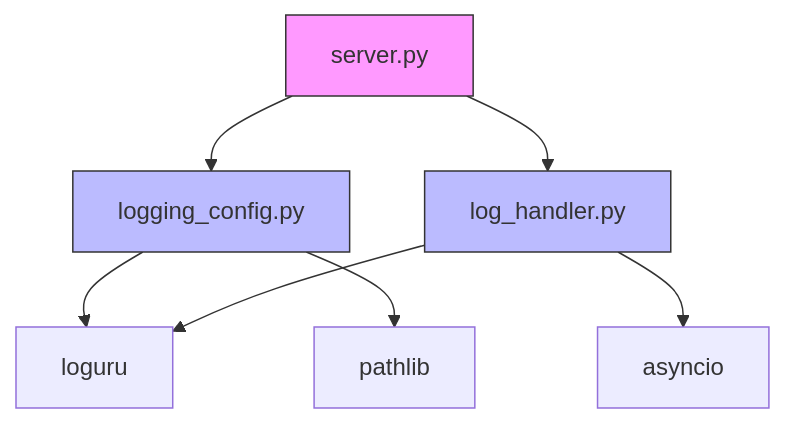
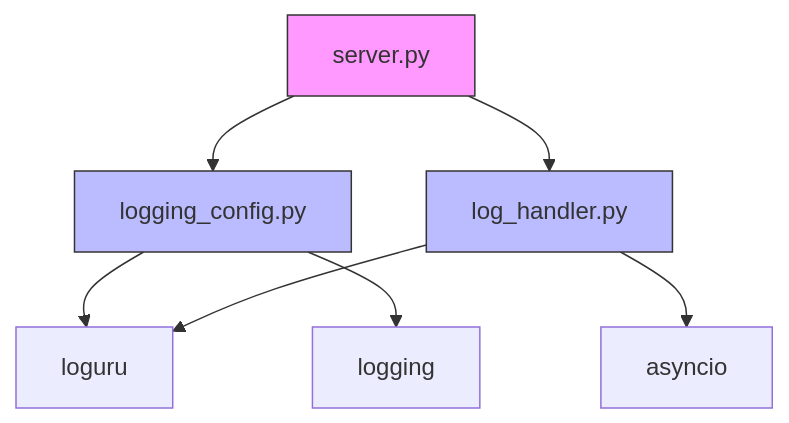
The seventh of 7 diagrams in .qoder/repowiki/zh/content/日志与监控/日志配置管理.md (gittool/acemcp), drawn with Mermaid before and after one commit. The commit also changed other lines of this file and 3 other files, not shown here.

````diff
--- a/.qoder/repowiki/zh/content/日志与监控/日志配置管理.md
+++ b/.qoder/repowiki/zh/content/日志与监控/日志配置管理.md
@@ -174,12 +216,12 @@
 ```mermaid
 graph TD
 server[server.py] --> logging_config[logging_config.py]
 server --> log_handler[log_handler.py]
 logging_config --> loguru[loguru]
 log_handler --> loguru
 log_handler --> asyncio[asyncio]
-logging_config --> pathlib[pathlib]
+logging_config --> logging[logging]
 style server fill:#f9f,stroke:#333
 style logging_config fill:#bbf,stroke:#333
 style log_handler fill:#bbf,stroke:#333
 ```
````
